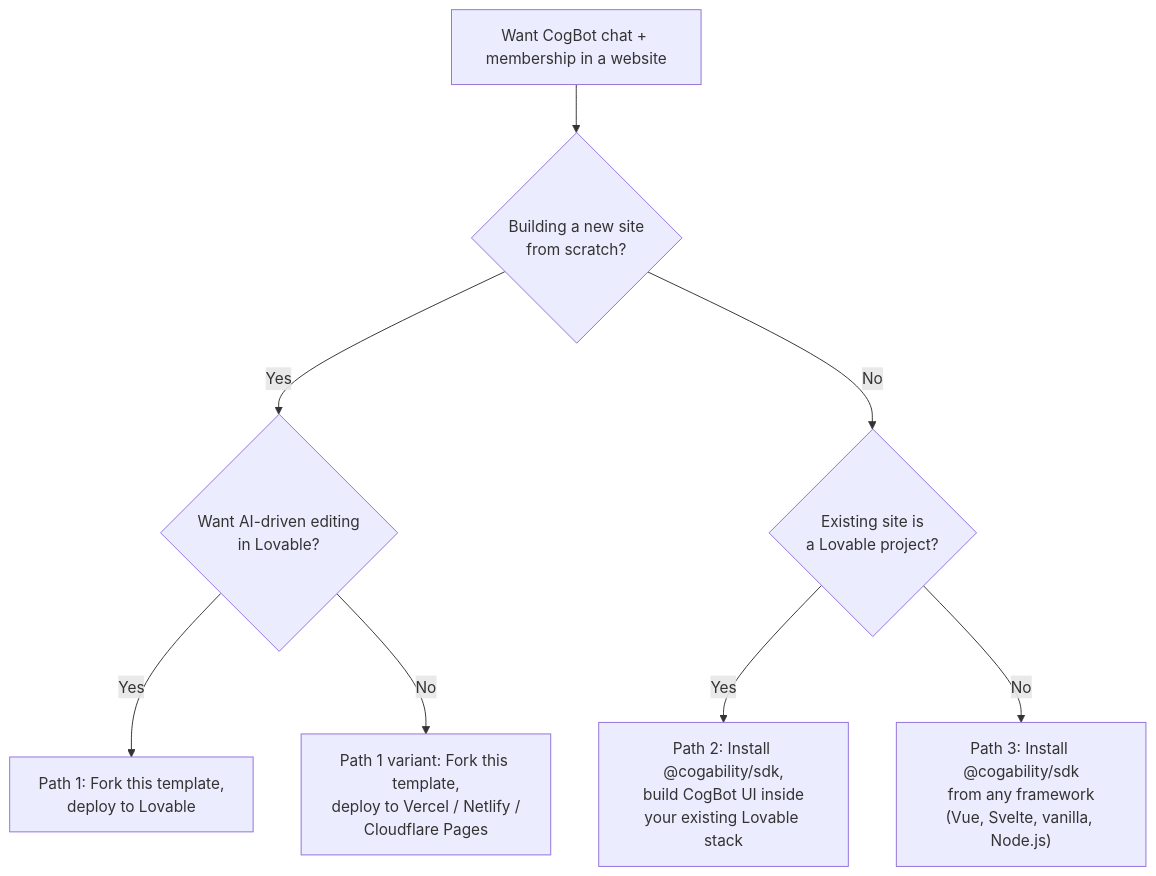
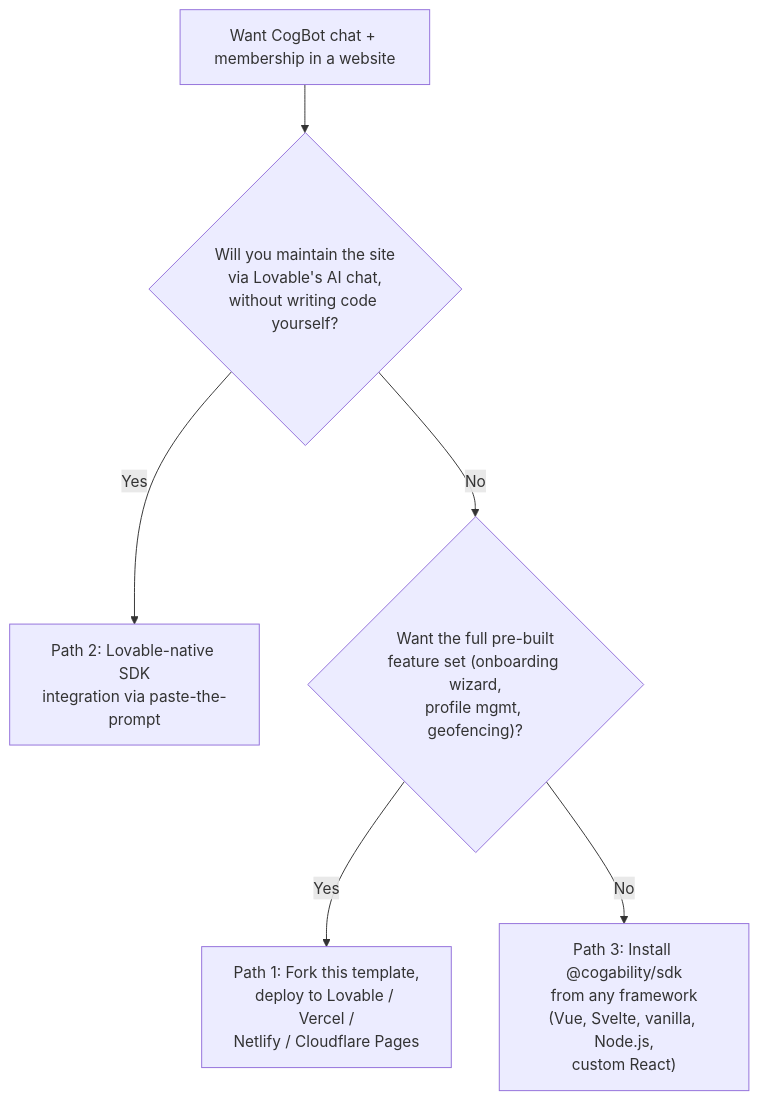
Before and after one commit to CogAbility/cogbot-membership-website-template: the first of 2 diagrams in deployment_guidance.md, drawn with Mermaid. The commit also changed other lines of this file and 3 other files, not shown here.

````diff
--- a/deployment_guidance.md
+++ b/deployment_guidance.md
@@ -9,10 +11,8 @@
 ```mermaid
 flowchart TD
-    Start["Want CogBot chat + membership in a website"] --> Q1{"Building a new site<br/>from scratch?"}
-    Q1 -->|Yes| Q2{"Want AI-driven editing<br/>in Lovable?"}
-    Q1 -->|No| Q3{"Existing site is<br/>a Lovable project?"}
-    Q2 -->|Yes| P1["Path 1: Fork this template,<br/>deploy to Lovable"]
-    Q2 -->|No| P1B["Path 1 variant: Fork this template,<br/>deploy to Vercel / Netlify /<br/>Cloudflare Pages"]
-    Q3 -->|Yes| P2["Path 2: Install @cogability/sdk,<br/>build CogBot UI inside<br/>your existing Lovable stack"]
-    Q3 -->|No| P3["Path 3: Install @cogability/sdk<br/>from any framework<br/>(Vue, Svelte, vanilla, Node.js)"]
+    Start["Want CogBot chat + membership in a website"] --> Q1{"Will you maintain the site<br/>via Lovable's AI chat,<br/>without writing code yourself?"}
+    Q1 -->|Yes| P2["Path 2: Lovable-native SDK<br/>integration via paste-the-prompt"]
+    Q1 -->|No| Q2{"Want the full pre-built<br/>feature set (onboarding wizard,<br/>profile mgmt, geofencing)?"}
+    Q2 -->|Yes| P1["Path 1: Fork this template,<br/>deploy to Lovable / Vercel /<br/>Netlify / Cloudflare Pages"]
+    Q2 -->|No| P3["Path 3: Install @cogability/sdk<br/>from any framework<br/>(Vue, Svelte, vanilla, Node.js,<br/>custom React)"]
 ```
````
